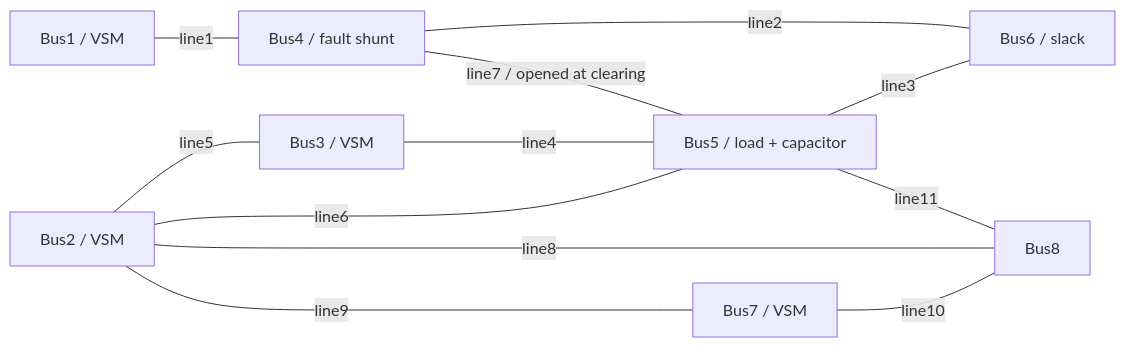
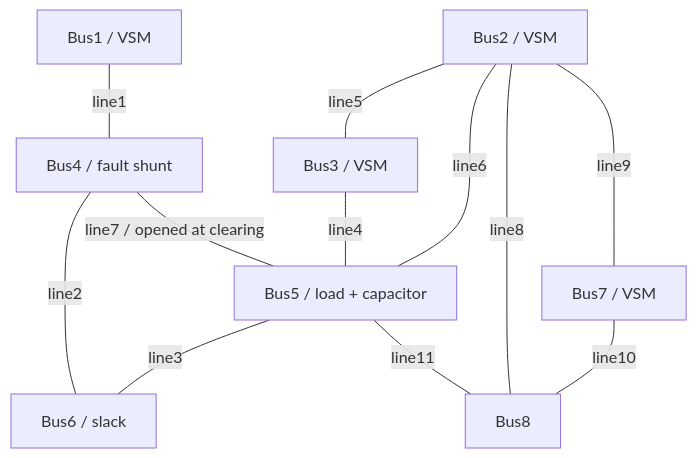
One commit to hashima0205/VSM_decelaration changed the diagram in README.md. Above: the diagram before and after it, drawn with Mermaid. The commit also changed other lines of this file, not shown here.

````diff
--- a/README.md
+++ b/README.md
@@ -51,14 +37,14 @@
 ```mermaid
-graph LR
+graph TD
     B1["Bus1 / VSM"] ---|line1| B4["Bus4 / fault shunt"]
     B4 ---|line2| B6["Bus6 / slack"]
     B5["Bus5 / load + capacitor"] ---|line3| B6
     B3["Bus3 / VSM"] ---|line4| B5
     B2["Bus2 / VSM"] ---|line5| B3
     B2 ---|line6| B5
     B4 ---|"line7 / opened at clearing"| B5
     B2 ---|line8| B8["Bus8"]
     B2 ---|line9| B7["Bus7 / VSM"]
     B7 ---|line10| B8
     B5 ---|line11| B8
 ```
````
